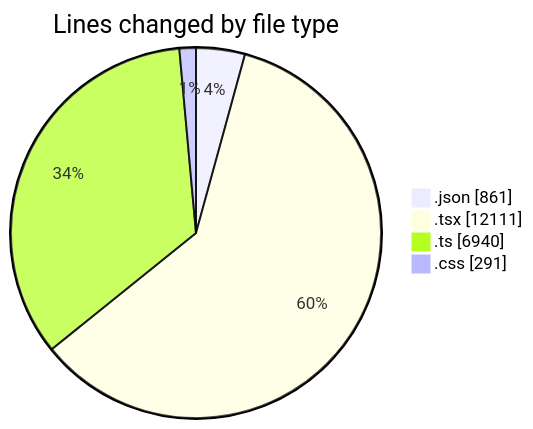
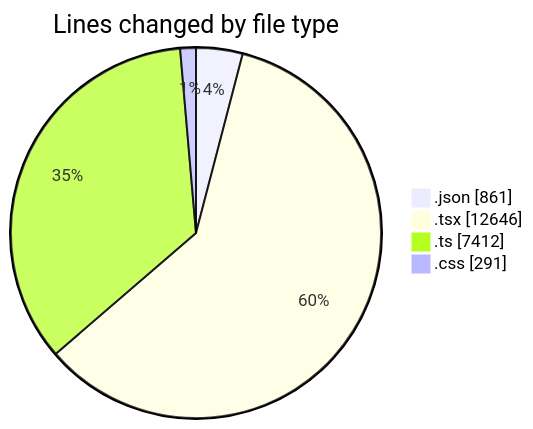
Before and after one commit to julien-gomy/code-tracking: the first of 2 diagrams in 2025-10-07/eventscop-frontend-guide__workspace_/README.md, drawn with Mermaid. The commit also changed other lines of this file and 1 other file, not shown here.

````diff
--- a/2025-10-07/eventscop-frontend-guide__workspace_/README.md
+++ b/2025-10-07/eventscop-frontend-guide__workspace_/README.md
@@ -101,8 +103,8 @@
 ```mermaid
 pie showData
 title Lines changed by file type
 ".json" : 861
-".tsx" : 12111
-".ts" : 6940
+".tsx" : 12646
+".ts" : 7412
 ".css" : 291
 ```
````
